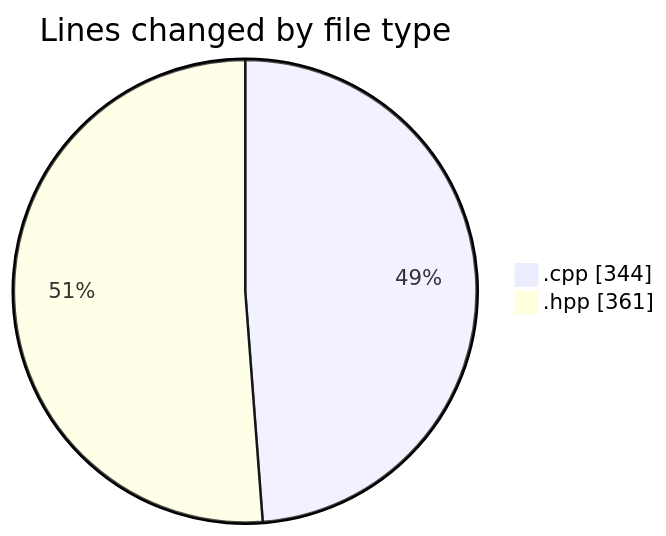
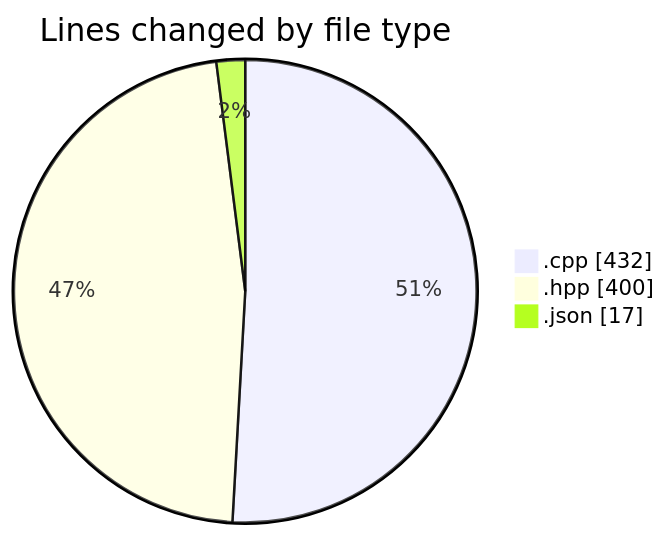
The first of 2 diagrams in 2025-05-08/date/README.md (Netris89/code-tracking), drawn with Mermaid before and after one commit. The commit also changed other lines of this file and 1 other file, not shown here.

````diff
--- a/2025-05-08/date/README.md
+++ b/2025-05-08/date/README.md
@@ -25,6 +28,7 @@
 ```mermaid
 pie showData
 title Lines changed by file type
-".cpp" : 344
-".hpp" : 361
+".cpp" : 432
+".hpp" : 400
+".json" : 17
 ```
````
